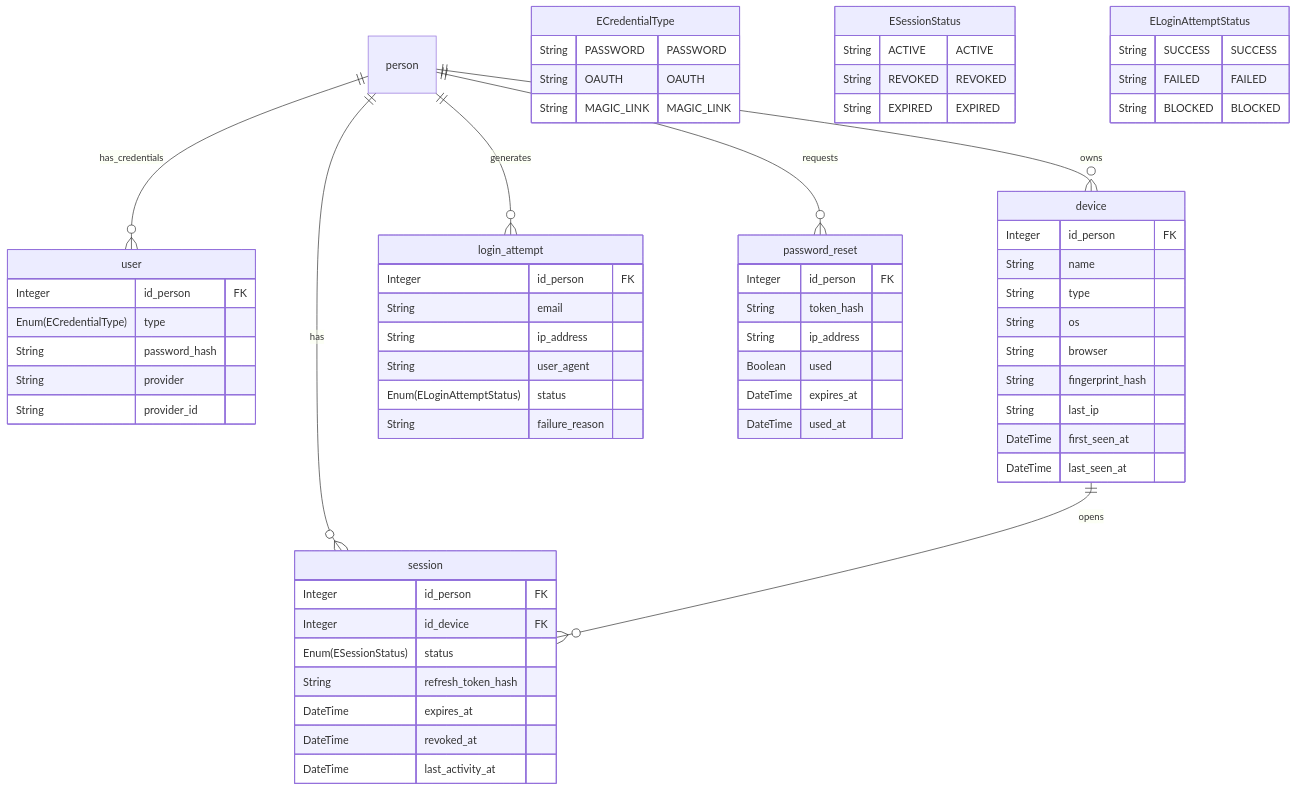
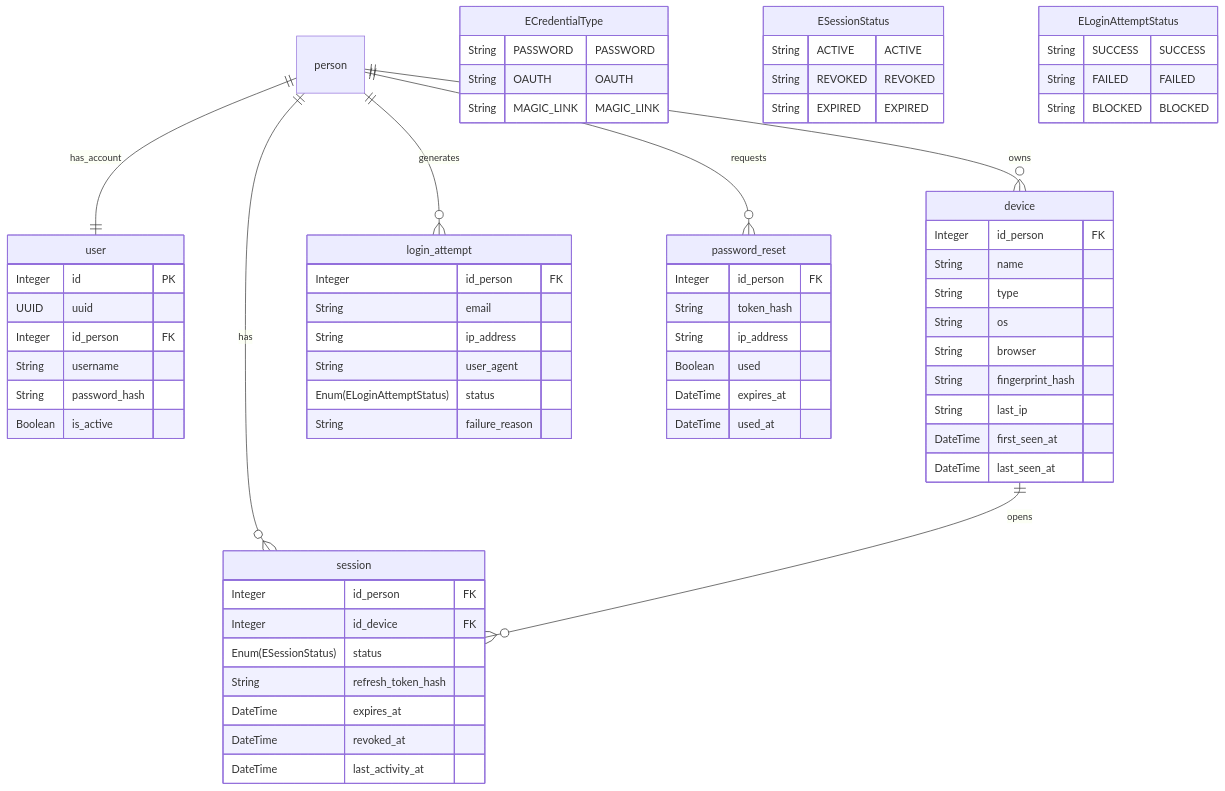
The diagram in db/postgres/auth/ERD.mmd (m4ck-y/dh_docs), drawn with Mermaid before and after one commit. The commit also changed 33 other files, not shown here.

```diff
--- a/db/postgres/auth/ERD.mmd
+++ b/db/postgres/auth/ERD.mmd
@@ -1,94 +1,96 @@
 erDiagram
     %% AUTH SCHEMA
     %% Autenticacion y sesiones
     %% BaseModel (heredado por todas las entidades):
     %%   id Integer PK autoincrement — interno, NUNCA expuesto en API
     %%   uuid UUID auto-generado    — externo, usado en respuestas y rutas de API
     %%   created_at / updated_at / deleted_at  DateTime(tz) UTC
     %%   created_by_id_user / updated_by_id_user / deleted_by_id_user Integer FK nullable
     %% FKs entre tablas usan Integer (id del padre). Ver docs/decisions/010-database-id-strategy.md
     %% Solo se muestran columnas específicas de cada entidad
 
     %% REFERENCIAS EXTERNAS
-    %% person: definida en schema people
+    %% person: definida en schema people (dh_core). FK real a people.person.id — dh_core debe arrancar primero (ADR 017)
 
     %% RELACIONES
-    person ||--o{ user : "has_credentials"
+    person ||--|| user : "has_account"
     person ||--o{ device : "owns"
     person ||--o{ session : "has"
     person ||--o{ login_attempt : "generates"
     person ||--o{ password_reset : "requests"
     device ||--o{ session : "opens"
 
     %% ENUMS
     ECredentialType {
         String PASSWORD "PASSWORD"
         String OAUTH "OAUTH"
         String MAGIC_LINK "MAGIC_LINK"
     }
 
     ESessionStatus {
         String ACTIVE "ACTIVE"
         String REVOKED "REVOKED"
         String EXPIRED "EXPIRED"
     }
 
     ELoginAttemptStatus {
         String SUCCESS "SUCCESS"
         String FAILED "FAILED"
         String BLOCKED "BLOCKED"
     }
 
     %% ENTIDADES
-    %% user: metodo de autenticacion de la persona (password, OAuth, magic link)
+    %% user: cuenta de usuario del sistema (movido desde people schema)
+    %% 1:1 con person
     user {
+        Integer id PK
+        UUID uuid
         Integer id_person FK
-        Enum(ECredentialType) type
+        String username
         String password_hash
-        String provider
-        String provider_id
+        Boolean is_active
     }
 
     %% device: dispositivos de confianza donde el usuario inicia sesion
     device {
         Integer id_person FK
         String name
         String type
         String os
         String browser
         String fingerprint_hash
         String last_ip
         DateTime first_seen_at
         DateTime last_seen_at
     }
 
     %% session: sesion activa del usuario
     session {
         Integer id_person FK
         Integer id_device FK
         Enum(ESessionStatus) status
         String refresh_token_hash
         DateTime expires_at
         DateTime revoked_at
         DateTime last_activity_at
     }
 
     %% login_attempt: intentos de login para seguridad y rate limiting
     login_attempt {
         Integer id_person FK
         String email
         String ip_address
         String user_agent
         Enum(ELoginAttemptStatus) status
         String failure_reason
     }
 
     %% password_reset: flujo de recuperacion de contrasena
     password_reset {
         Integer id_person FK
         String token_hash
         String ip_address
         Boolean used
         DateTime expires_at
         DateTime used_at
     }
```
